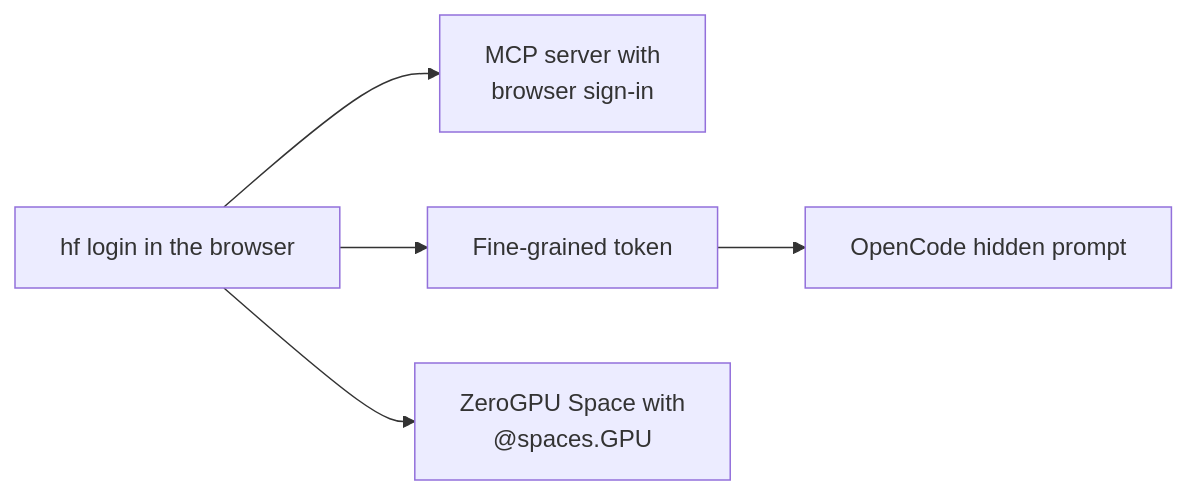
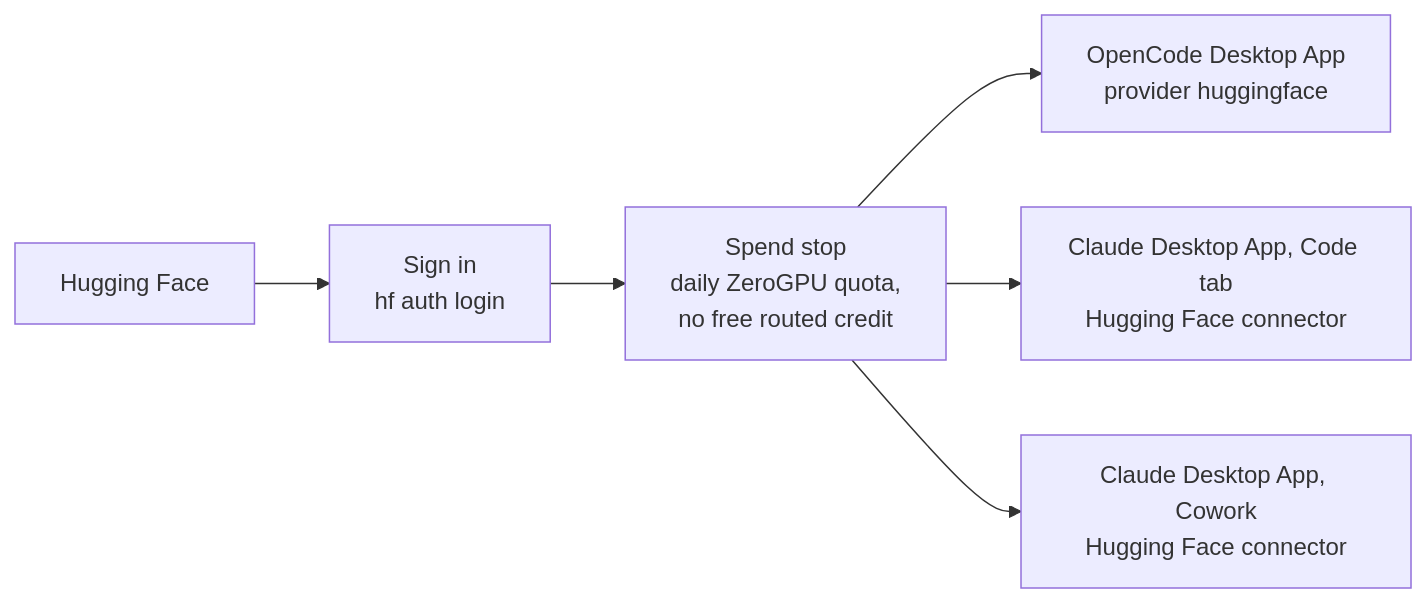
Before and after one commit to SoulCraft-Org/compute-crafter: the diagram in guides/hugging-face.md, drawn with Mermaid. The commit also changed other lines of this file and 8 other files, not shown here.

First line of the commit message:
🎨 Guides batch 1: visual first, two desktop apps (index, Ollama, OpenRouter, Hugging Face) (#193)

````diff
--- a/guides/hugging-face.md
+++ b/guides/hugging-face.md
@@ -9,6 +5,7 @@
 ```mermaid
 flowchart LR
-  L[hf login in the browser] --> M[MCP server with<br/>browser sign-in]
-  L --> T[Fine-grained token] --> O[OpenCode hidden prompt]
-  L --> Z[ZeroGPU Space with<br/>@spaces.GPU]
+  P[Hugging Face] --> S[Sign in<br/>hf auth login] --> G[Spend stop<br/>daily ZeroGPU quota,<br/>no free routed credit]
+  G --> O[OpenCode Desktop App<br/>provider huggingface]
+  G --> C[Claude Desktop App, Code tab<br/>Hugging Face connector]
+  G --> W[Claude Desktop App, Cowork<br/>Hugging Face connector]
 ```
````
